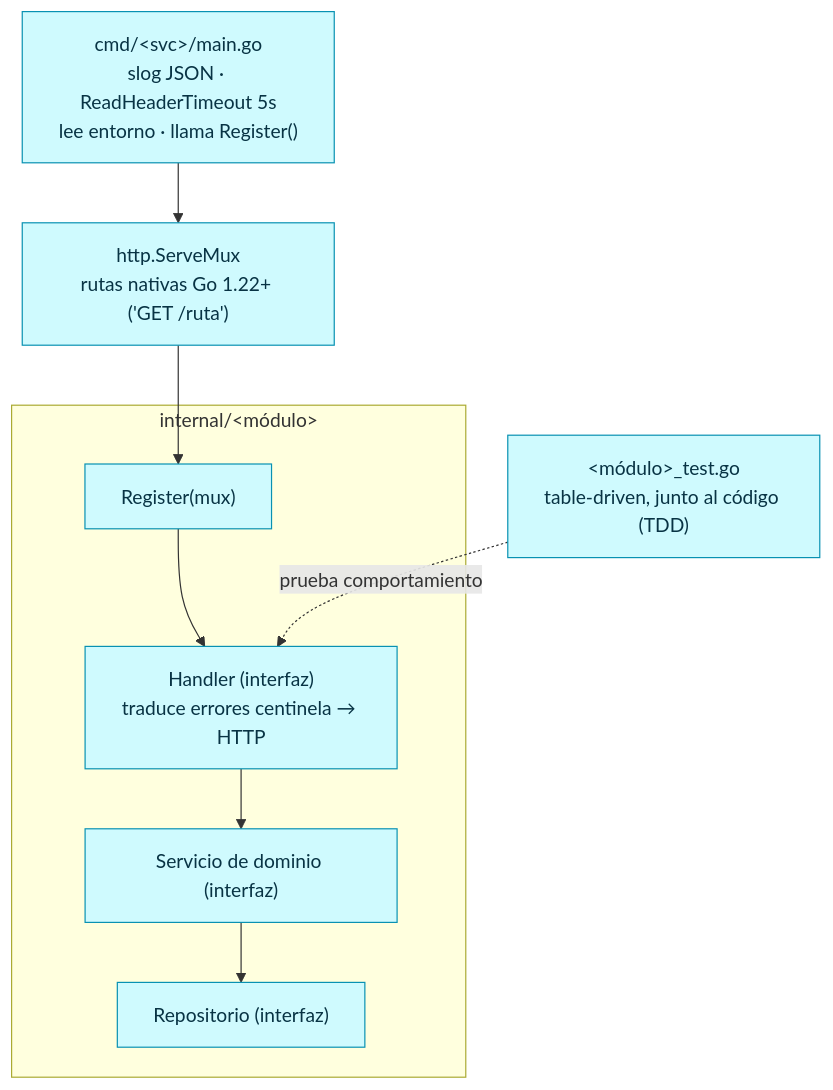
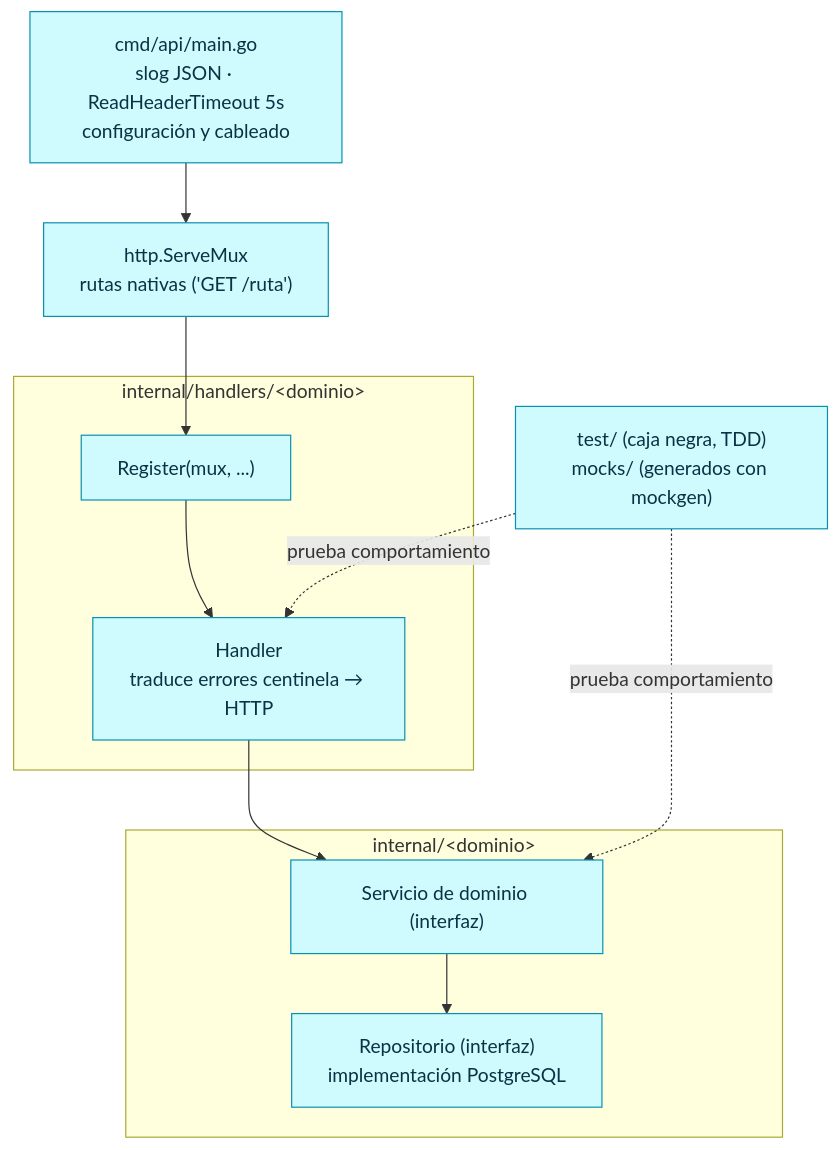
Before and after one commit to JairoHGomezCastillo/hubx: the third of 3 diagrams in docs/diagramas/02-arquitectura.md, drawn with Mermaid. The commit also changed other lines of this file and 6 other files, not shown here.

Commit message:
[agent:hubx-lead] 011 update docs/diagramas to the current state

````diff
--- a/docs/diagramas/02-arquitectura.md
+++ b/docs/diagramas/02-arquitectura.md
@@ -86,20 +111,24 @@
 ```mermaid
 flowchart TB
-    MAIN["cmd/&lt;svc&gt;/main.go<br/>slog JSON · ReadHeaderTimeout 5s<br/>lee entorno · llama Register()"]
-    MUX["http.ServeMux<br/>rutas nativas Go 1.22+ ('GET /ruta')"]
+    MAIN["cmd/api/main.go<br/>slog JSON · ReadHeaderTimeout 5s<br/>configuración y cableado"]
+    MUX["http.ServeMux<br/>rutas nativas ('GET /ruta')"]
 
-    subgraph Modulo["internal/&lt;módulo&gt;"]
-        REG["Register(mux)"]
-        H["Handler (interfaz)<br/>traduce errores centinela → HTTP"]
-        SVC["Servicio de dominio (interfaz)"]
-        REPOI["Repositorio (interfaz)"]
+    subgraph Handlers["internal/handlers/&lt;dominio&gt;"]
+        REG["Register(mux, ...)"]
+        H["Handler<br/>traduce errores centinela → HTTP"]
     end
 
-    TEST["&lt;módulo&gt;_test.go<br/>table-driven, junto al código (TDD)"]
+    subgraph Dominio["internal/&lt;dominio&gt;"]
+        SVC["Servicio de dominio (interfaz)"]
+        REPOI["Repositorio (interfaz)<br/>implementación PostgreSQL"]
+    end
+
+    TEST["test/ (caja negra, TDD)<br/>mocks/ (generados con mockgen)"]
 
     MAIN --> MUX --> REG --> H --> SVC --> REPOI
     TEST -.->|"prueba comportamiento"| H
+    TEST -.->|"prueba comportamiento"| SVC
 
     classDef go fill:#cffafe,stroke:#0891b2,color:#083344;
     class MAIN,MUX,REG,H,SVC,REPOI,TEST go;
 ```
````
